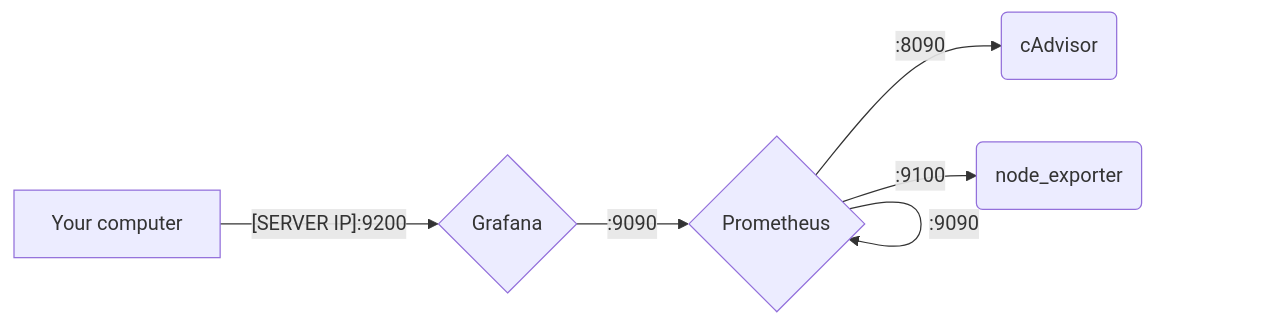
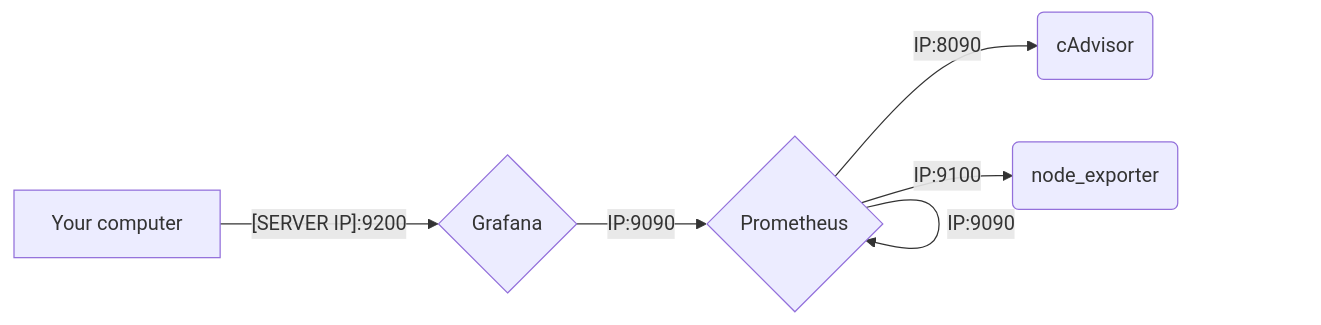
Before and after one commit to YR72dpi/debianMonitoring: the diagram in README.md, drawn with Mermaid.

Commit message:
fix: mermaid error

````diff
--- a/README.md
+++ b/README.md
@@ -13,14 +13,14 @@
 ```mermaid
-graph LR;
-grafana{Grafana};
-prometheus{Prometheus};
-cAdvisor(cAdvisor);
-node_exporter(node_exporter);
-computer[Your computer];
+graph LR
+grafana{Grafana} 
+prometheus{Prometheus} 
+cAdvisor(cAdvisor) 
+node_exporter(node_exporter) 
+computer[Your computer] 
 
-prometheus -- :8090 --> cAdvisor;
-prometheus -- :9100 --> node_exporter;
-prometheus -- :9090 --> prometheus;
-grafana -- :9090 --> prometheus;
-computer -- [SERVER IP]:9200 --> grafana;
+prometheus -- IP:8090 --> cAdvisor 
+prometheus -- IP:9100 --> node_exporter 
+prometheus -- IP:9090 --> prometheus 
+grafana -- IP:9090 --> prometheus 
+computer -- [SERVER IP]:9200 --> grafana 
 ```
````
